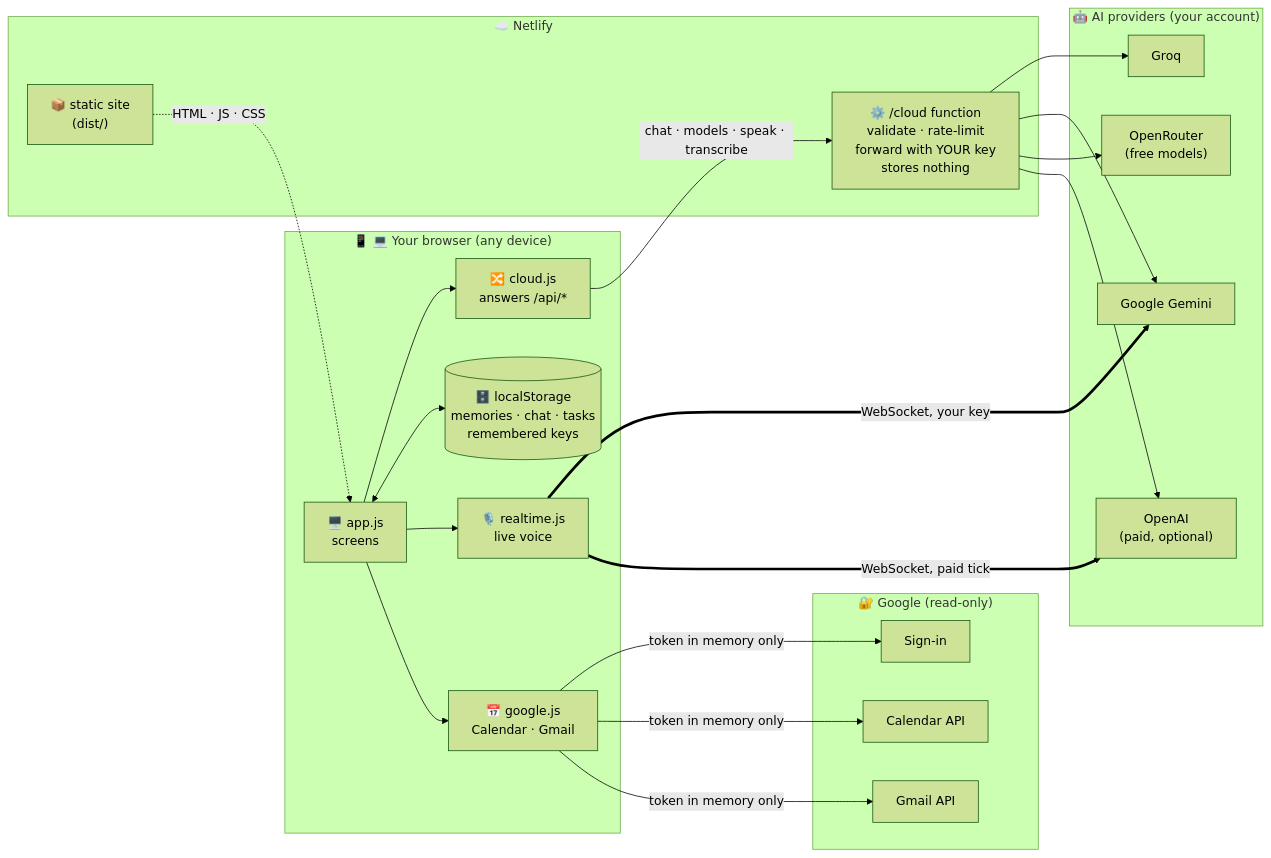
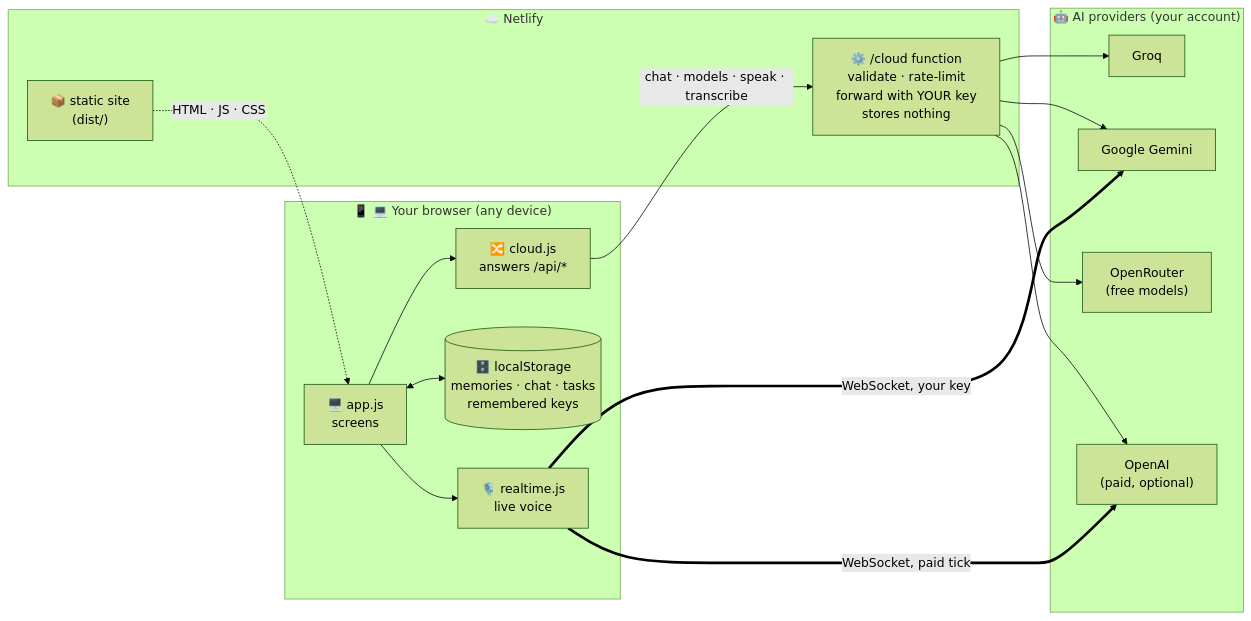
One commit to SHASHWAT-MISHRA-997/Atlas-OS changed the first of 5 diagrams in README.md. Above: the diagram before and after it, drawn with Mermaid (forest theme). The commit also changed other lines of this file and 26 other files, not shown here.

First line of the commit message:
v0.28.0: remove Google Calendar and Gmail and the messaging tile

````diff
--- a/README.md
+++ b/README.md
@@ -107,39 +106,30 @@
 ```mermaid
 flowchart LR
     subgraph Device["📱 💻 Your browser (any device)"]
         UI["🖥️ app.js<br/>screens"]
         Shim["🔀 cloud.js<br/>answers /api/*"]
         Store[("🗄️ localStorage<br/>memories · chat · tasks<br/>remembered keys")]
         RT["🎙️ realtime.js<br/>live voice"]
-        GG["📅 google.js<br/>Calendar · Gmail"]
         UI --> Shim
         UI <--> Store
         UI --> RT
-        UI --> GG
     end
 
     subgraph Netlify["☁️ Netlify"]
         Static["📦 static site<br/>(dist/)"]
         Fn["⚙️ /cloud function<br/>validate · rate-limit<br/>forward with YOUR key<br/>stores nothing"]
     end
 
     subgraph Providers["🤖 AI providers (your account)"]
         Groq["Groq"]
         Gemini["Google Gemini"]
         ORT["OpenRouter<br/>(free models)"]
         OAI["OpenAI<br/>(paid, optional)"]
     end
 
-    subgraph Google["🔐 Google (read-only)"]
-        GIS["Sign-in"]
-        CAL["Calendar API"]
-        GM["Gmail API"]
-    end
-
     Static -.->|"HTML · JS · CSS"| UI
     Shim -- "chat · models · speak · transcribe" --> Fn
     Fn --> Groq & Gemini & ORT & OAI
     RT == "WebSocket, your key" ==> Gemini
     RT == "WebSocket, paid tick" ==> OAI
-    GG -- "token in memory only" --> GIS & CAL & GM
 ```
````
